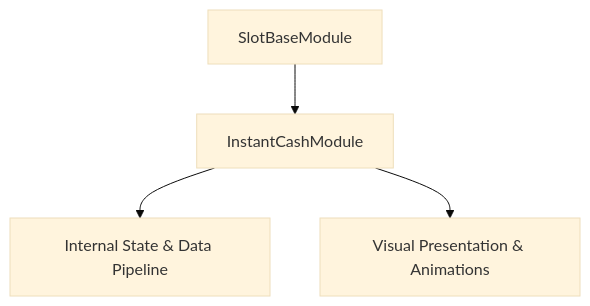
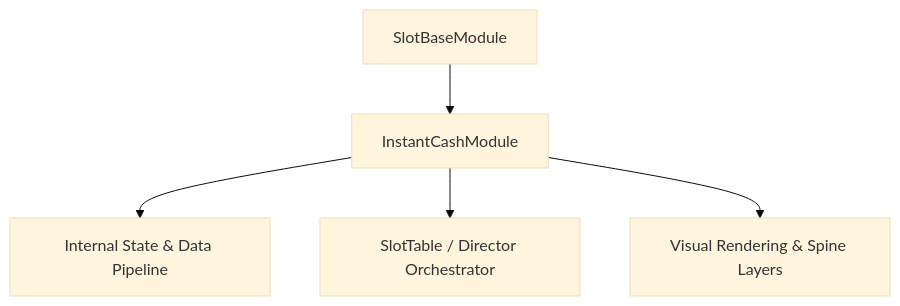
Before and after one commit to lam-ark/mcp-fwcc: the diagram in docs/cc_slot_mechanics/modules/InstantCashModule/01_overview/01_architecture_and_role.md, drawn with Mermaid (base theme). The commit also changed other lines of this file and 2509 other files, not shown here.

````diff
--- a/docs/cc_slot_mechanics/modules/InstantCashModule/01_overview/01_architecture_and_role.md
+++ b/docs/cc_slot_mechanics/modules/InstantCashModule/01_overview/01_architecture_and_role.md
@@ -18,6 +24,7 @@
 ```mermaid
 graph TD
-    Parent[SlotBaseModule] --> Mod[InstantCashModule]
-    Mod --> State[Internal State & Data Pipeline]
-    Mod --> Render[Visual Presentation & Animations]
+    SuperClass[SlotBaseModule] --> TargetClass[InstantCashModule]
+    TargetClass --> DataPipeline[Internal State & Data Pipeline]
+    TargetClass --> Orchestrator[SlotTable / Director Orchestrator]
+    TargetClass --> ViewLayer[Visual Rendering & Spine Layers]
 ```
````
